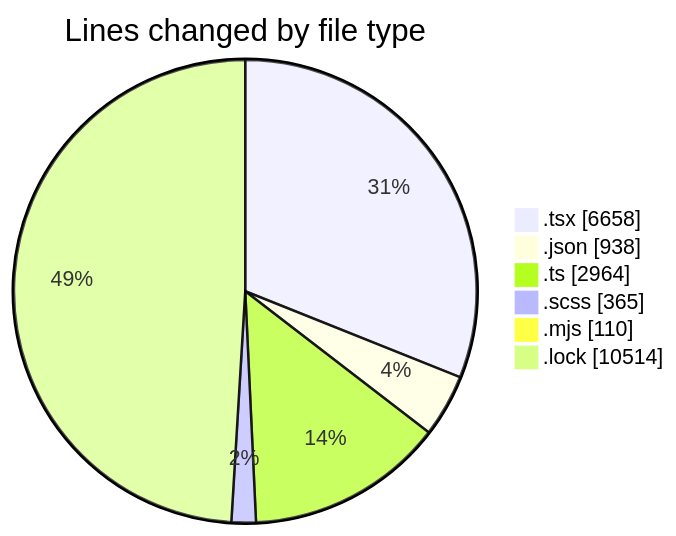
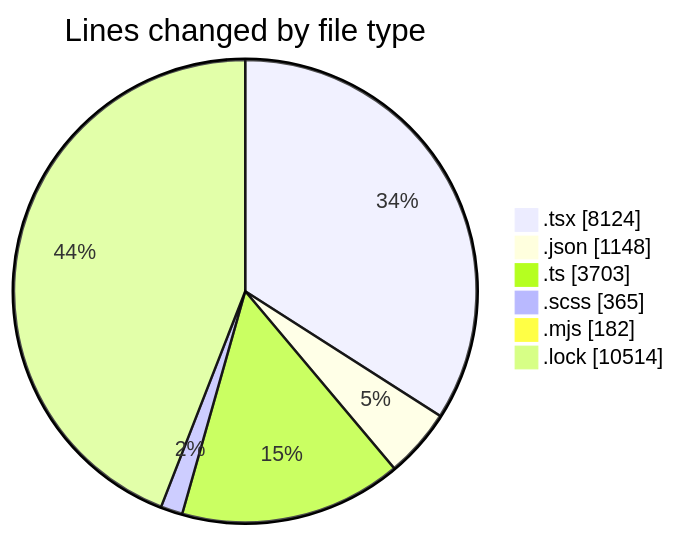
One commit to momahboobian/code-tracking changed the first of 2 diagrams in 2026-05-12/cda/README.md. Above: the diagram before and after it, drawn with Mermaid. The commit also changed other lines of this file and 1 other file, not shown here.

````diff
--- a/2026-05-12/cda/README.md
+++ b/2026-05-12/cda/README.md
@@ -52,10 +52,10 @@
 ```mermaid
 pie showData
 title Lines changed by file type
-".tsx" : 6658
-".json" : 938
-".ts" : 2964
+".tsx" : 8124
+".json" : 1148
+".ts" : 3703
 ".scss" : 365
-".mjs" : 110
+".mjs" : 182
 ".lock" : 10514
 ```
````
